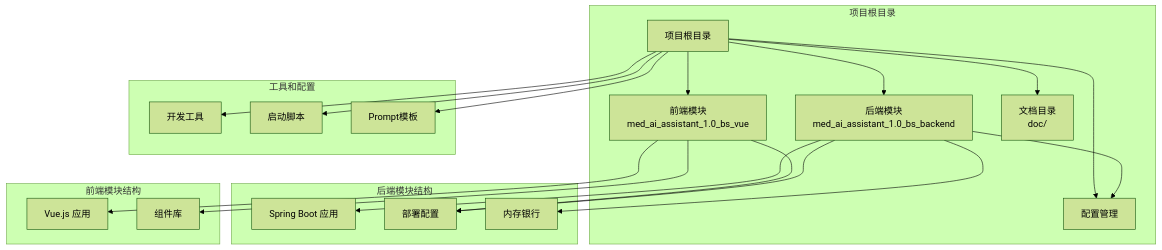
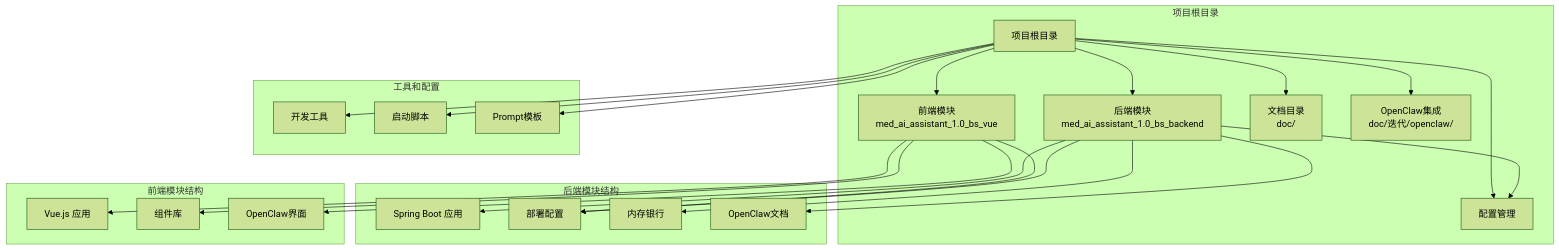
Before and after one commit to liuzh2008/med_ai_assistant_workspace: the first of 15 diagrams in .qoder/repowiki/zh/content/Update Summary/Update Summary.md, drawn with Mermaid (forest theme). The commit also changed other lines of this file and 5 other files, not shown here.

````diff
--- a/.qoder/repowiki/zh/content/Update Summary/Update Summary.md
+++ b/.qoder/repowiki/zh/content/Update Summary/Update Summary.md
@@ -63,33 +70,37 @@
 ```mermaid
 graph TB
 subgraph "项目根目录"
 Root[项目根目录]
 Backend[后端模块<br/>med_ai_assistant_1.0_bs_backend]
 Frontend[前端模块<br/>med_ai_assistant_1.0_bs_vue]
 Docs[文档目录<br/>doc/]
 Config[配置文件<br/>config/]
+OpenClaw[OpenClaw集成<br/>doc/迭代/openclaw/]
 end
 subgraph "后端模块结构"
 Backend --> SpringBoot[Spring Boot 应用]
 Backend --> Deploy[部署配置]
 Backend --> MemoryBank[内存银行]
 Backend --> Config[配置管理]
+Backend --> OpenClawDoc[OpenClaw文档]
 end
 subgraph "前端模块结构"
 Frontend --> VueApp[Vue.js 应用]
 Frontend --> Deploy[部署配置]
 Frontend --> Components[组件库]
+Frontend --> OpenClawUI[OpenClaw界面]
 end
 subgraph "工具和配置"
 Tools[开发工具]
 Scripts[启动脚本]
 Templates[Prompt模板]
 end
 Root --> Backend
 Root --> Frontend
 Root --> Docs
 Root --> Config
+Root --> OpenClaw
 Root --> Tools
 Root --> Scripts
 Root --> Templates
 ```
````
